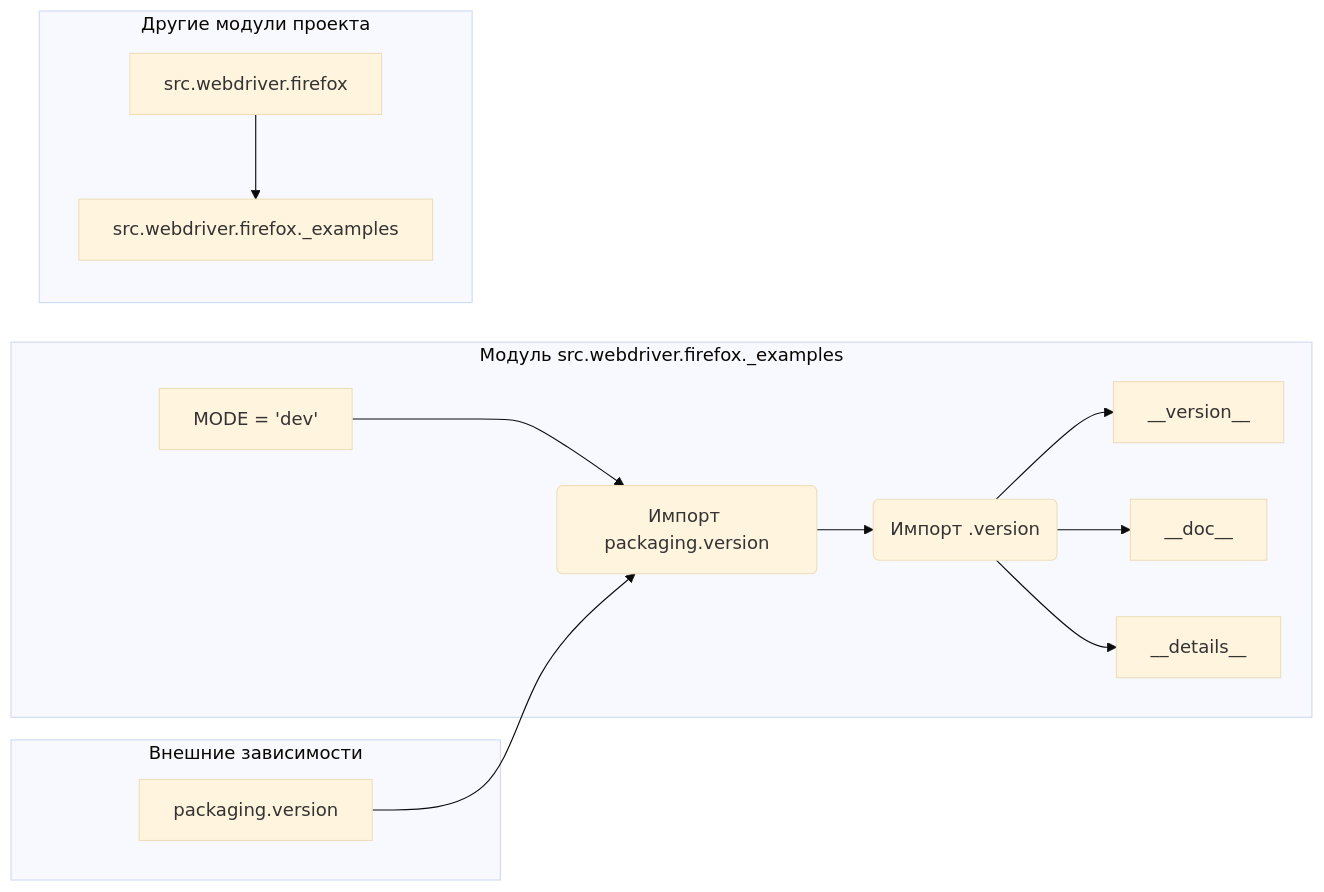
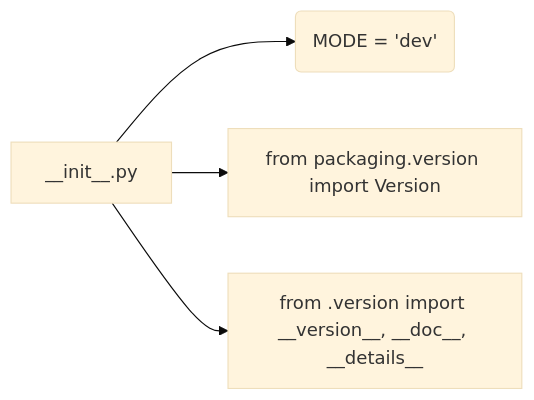
One commit to hypo69/hypo changed the diagram in docs/gemini/ru/explainer/src/webdriver/firefox/_examples/__init__.md. Above: the diagram before and after it, drawn with Mermaid (base theme). The commit also changed other lines of this file and 311 other files, not shown here.

````diff
--- a/docs/gemini/ru/explainer/src/webdriver/firefox/_examples/__init__.md
+++ b/docs/gemini/ru/explainer/src/webdriver/firefox/_examples/__init__.md
@@ -73,16 +55,6 @@
 ```mermaid
 graph LR
-    subgraph Модуль src.webdriver.firefox._examples
-        A[MODE = 'dev'] --> B(Импорт packaging.version);
-        B --> C(Импорт .version);
-        C --> D[__version__];
-        C --> E[__doc__];
-        C --> F[__details__];
-    end
-    subgraph Внешние зависимости
-        G[packaging.version] --> B;
-    end
-    subgraph Другие модули проекта
-      H[src.webdriver.firefox] --> src.webdriver.firefox._examples;
-    end
+    A[__init__.py] --> B(MODE = 'dev');
+    A --> C[from packaging.version import Version];
+    A --> D[from .version import __version__, __doc__, __details__];
 ```
````
